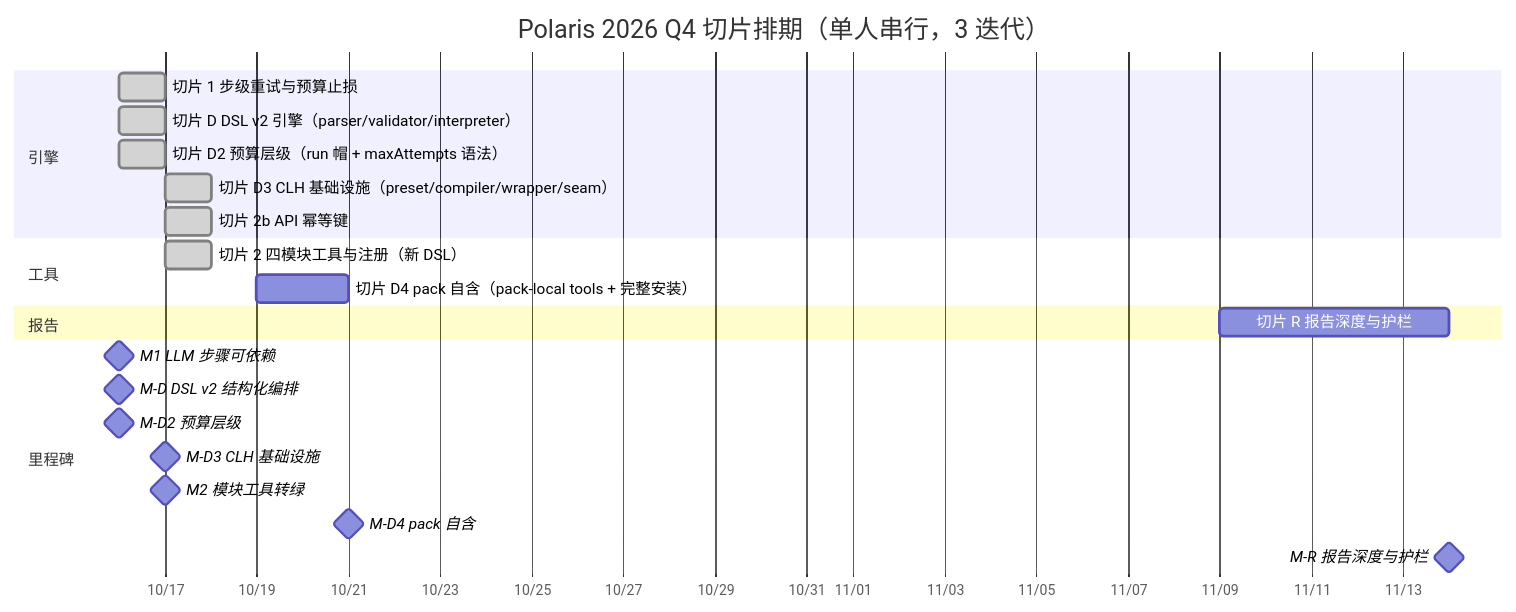
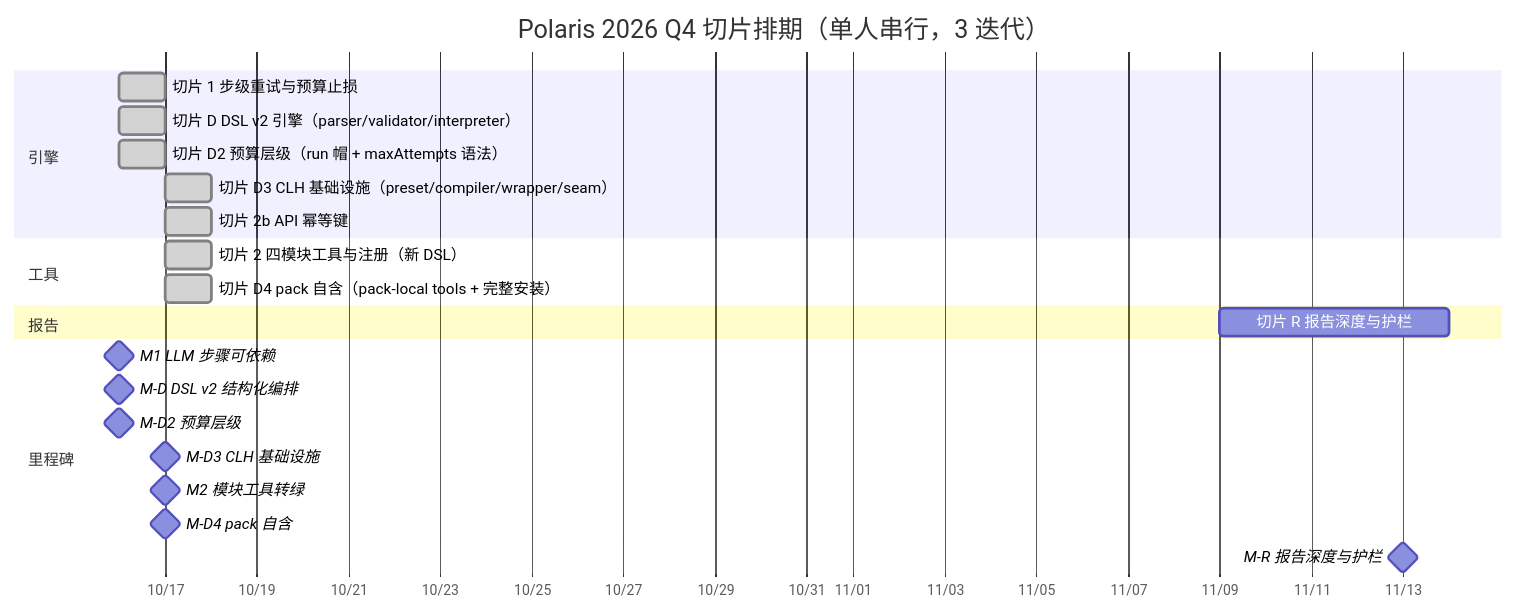
The diagram in apps/docs/site/development/roadmap.md (55aaseclab/Polaris), drawn with Mermaid before and after one commit. The commit also changed other lines of this file, not shown here.

````diff
--- a/apps/docs/site/development/roadmap.md
+++ b/apps/docs/site/development/roadmap.md
@@ -84,25 +84,25 @@
 ```mermaid
 gantt
     title Polaris 2026 Q4 切片排期（单人串行，3 迭代）
     dateFormat YYYY-MM-DD
     axisFormat %m/%d
     section 引擎
     切片 1 步级重试与预算止损 :done, a1, 2026-10-16, 1d
     切片 D DSL v2 引擎（parser/validator/interpreter） :done, a2, 2026-10-16, 1d
     切片 D2 预算层级（run 帽 + maxAttempts 语法） :done, a4, 2026-10-16, 1d
     切片 D3 CLH 基础设施（preset/compiler/wrapper/seam） :done, a5, 2026-10-17, 1d
     切片 2b API 幂等键 :done, a3, 2026-10-17, 1d
     section 工具
     切片 2 四模块工具与注册（新 DSL） :done, b1, 2026-10-17, 1d
-    切片 D4 pack 自含（pack-local tools + 完整安装） :b2, 2026-10-19, 2d
+    切片 D4 pack 自含（pack-local tools + 完整安装） :done, b2, 2026-10-17, 1d
     section 报告
     切片 R 报告深度与护栏 :r1, 2026-11-09, 5d
     section 里程碑
     M1 LLM 步骤可依赖 :milestone, m1, 2026-10-16, 0d
     M-D DSL v2 结构化编排 :milestone, md, 2026-10-16, 0d
     M-D2 预算层级 :milestone, md2, 2026-10-16, 0d
     M-D3 CLH 基础设施 :milestone, md3, 2026-10-17, 0d
     M2 模块工具转绿 :milestone, m2, 2026-10-17, 0d
-    M-D4 pack 自含 :milestone, md4, 2026-10-21, 0d
-    M-R 报告深度与护栏 :milestone, mr, 2026-11-14, 0d
+    M-D4 pack 自含 :milestone, md4, 2026-10-17, 0d
+    M-R 报告深度与护栏 :milestone, mr, 2026-11-13, 0d
 ```
````
